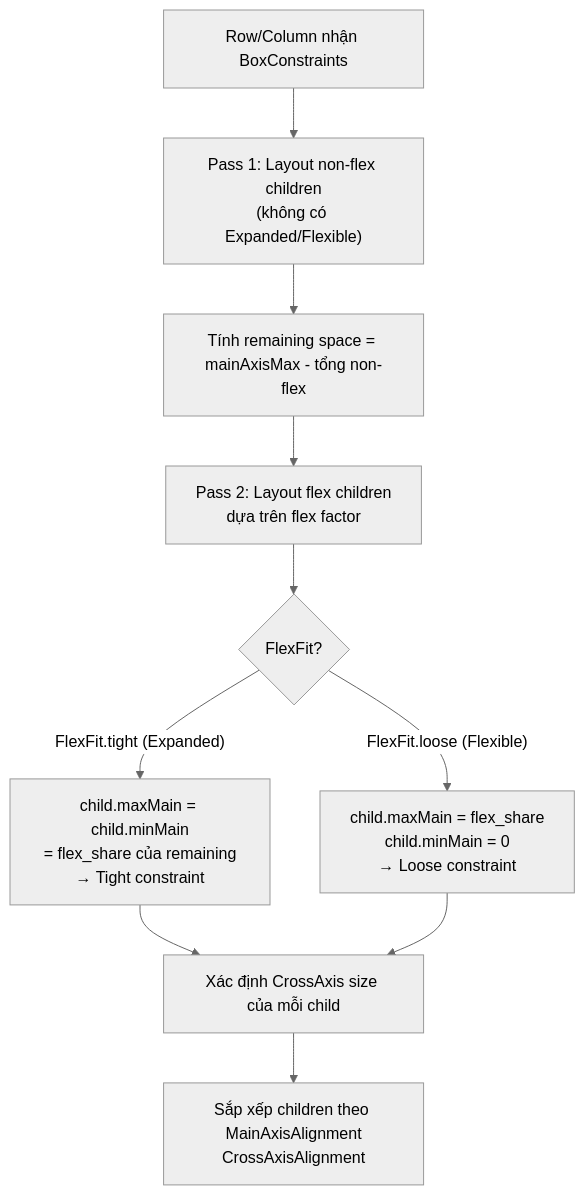
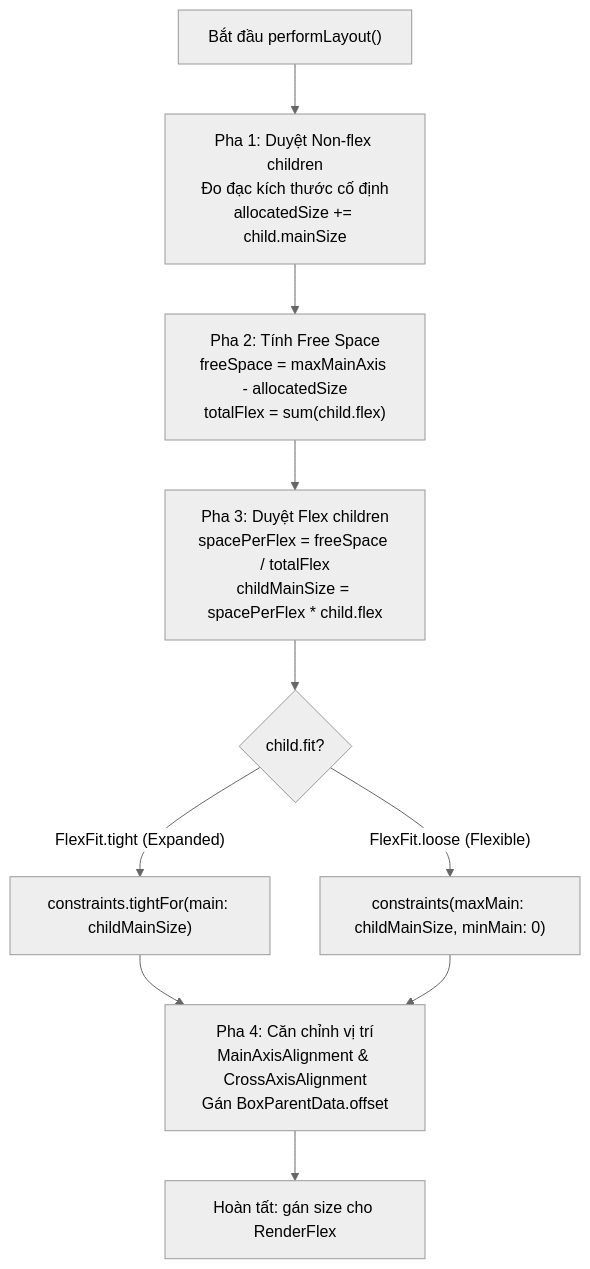
Before and after one commit to tr4n/learn-flutter: the diagram in flutter-fundamentals/04-layout-engine/03-flex-layouts-row-column.md, drawn with Mermaid (neutral theme). The commit also changed other lines of this file and 14 other files, not shown here.

Commit message:
docs: add fundamental learning notes for Flutter widget lifecycles, layout engine, and data passing

````diff
--- a/flutter-fundamentals/04-layout-engine/03-flex-layouts-row-column.md
+++ b/flutter-fundamentals/04-layout-engine/03-flex-layouts-row-column.md
@@ -37,12 +47,12 @@
 ```mermaid
 flowchart TD
-    A["Row/Column nhận BoxConstraints"] --> B["Pass 1: Layout non-flex children\n(không có Expanded/Flexible)"]
-    B --> C["Tính remaining space = mainAxisMax - tổng non-flex"]
-    C --> D["Pass 2: Layout flex children\ndựa trên flex factor"]
-    D --> E{FlexFit?}
-    E -->|"FlexFit.tight (Expanded)"| F["child.maxMain = child.minMain\n= flex_share của remaining\n→ Tight constraint"]
-    E -->|"FlexFit.loose (Flexible)"| G["child.maxMain = flex_share\nchild.minMain = 0\n→ Loose constraint"]
-    F --> H["Xác định CrossAxis size của mỗi child"]
+    A["Bắt đầu performLayout()"] --> B["Pha 1: Duyệt Non-flex children\nĐo đạc kích thước cố định\nallocatedSize += child.mainSize"]
+    B --> C["Pha 2: Tính Free Space\nfreeSpace = maxMainAxis - allocatedSize\ntotalFlex = sum(child.flex)"]
+    C --> D["Pha 3: Duyệt Flex children\nspacePerFlex = freeSpace / totalFlex\nchildMainSize = spacePerFlex * child.flex"]
+    D --> E{child.fit?}
+    E -->|"FlexFit.tight (Expanded)"| F["constraints.tightFor(main: childMainSize)"]
+    E -->|"FlexFit.loose (Flexible)"| G["constraints(maxMain: childMainSize, minMain: 0)"]
+    F --> H["Pha 4: Căn chỉnh vị trí\nMainAxisAlignment & CrossAxisAlignment\nGán BoxParentData.offset"]
     G --> H
-    H --> I["Sắp xếp children theo MainAxisAlignment\nCrossAxisAlignment"]
+    H --> I["Hoàn tất: gán size cho RenderFlex"]
 ```
````
